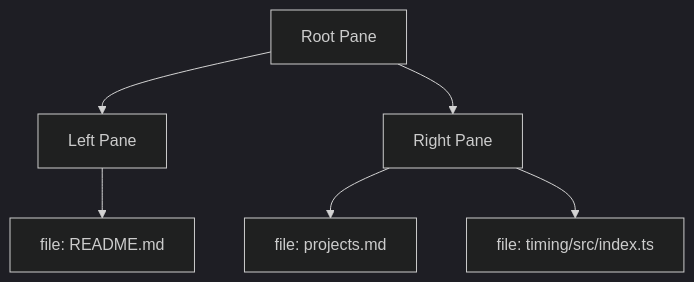
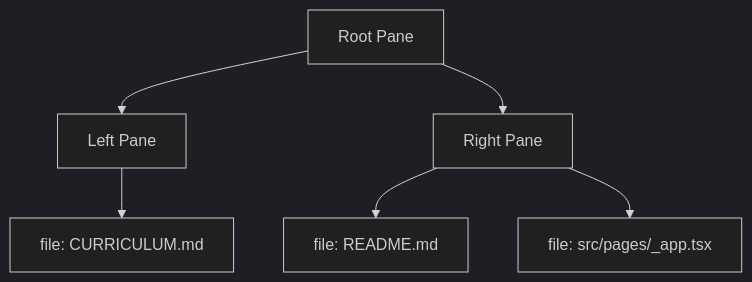
The third of 3 diagrams in README.md (lguibr/luisguilher.me), drawn with Mermaid (dark theme) before and after one commit. The commit also changed other lines of this file and 12 other files, not shown here.

````diff
--- a/README.md
+++ b/README.md
@@ -109,9 +84,9 @@
 ```mermaid
 graph TD
     A[Root Pane]
     A --> B[Left Pane]
     A --> C[Right Pane]
-    B --> D[file: README.md]
-    C --> E[file: projects.md]
-    C --> F[file: timing/src/index.ts]
+    B --> D[file: CURRICULUM.md]
+    C --> E[file: README.md]
+    C --> F[file: src/pages/_app.tsx]
 ```
````
